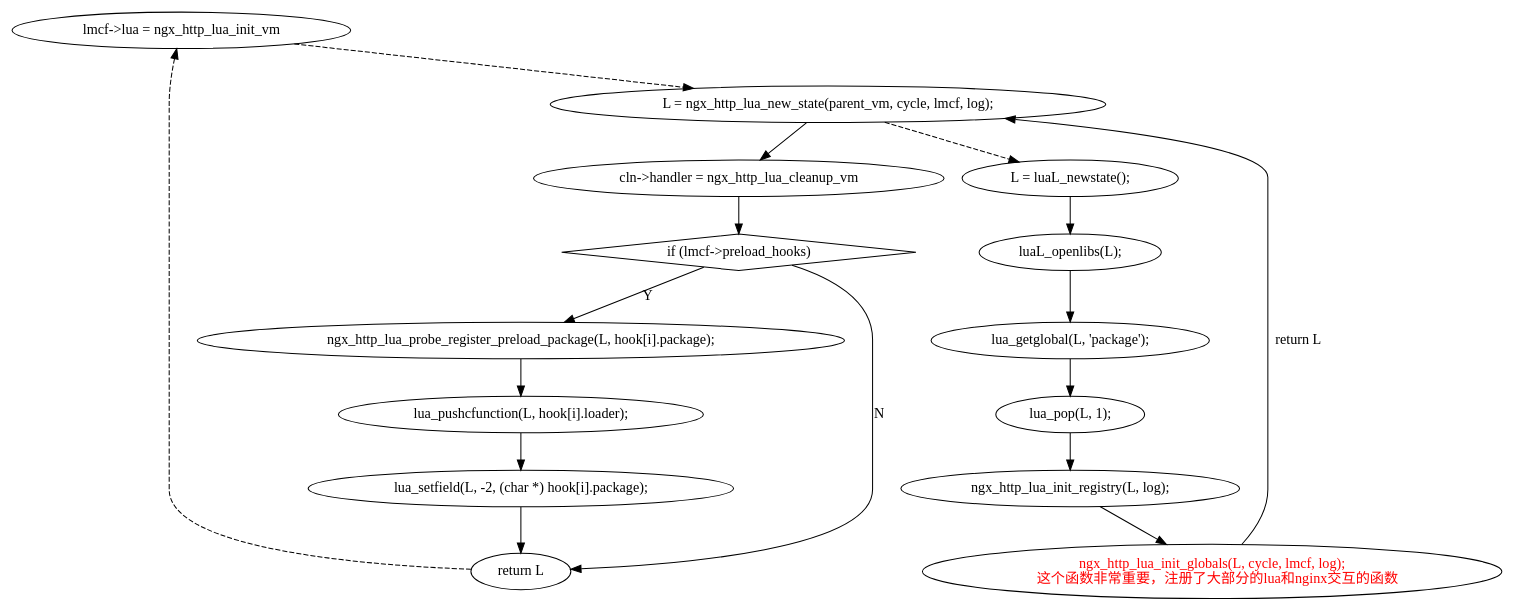
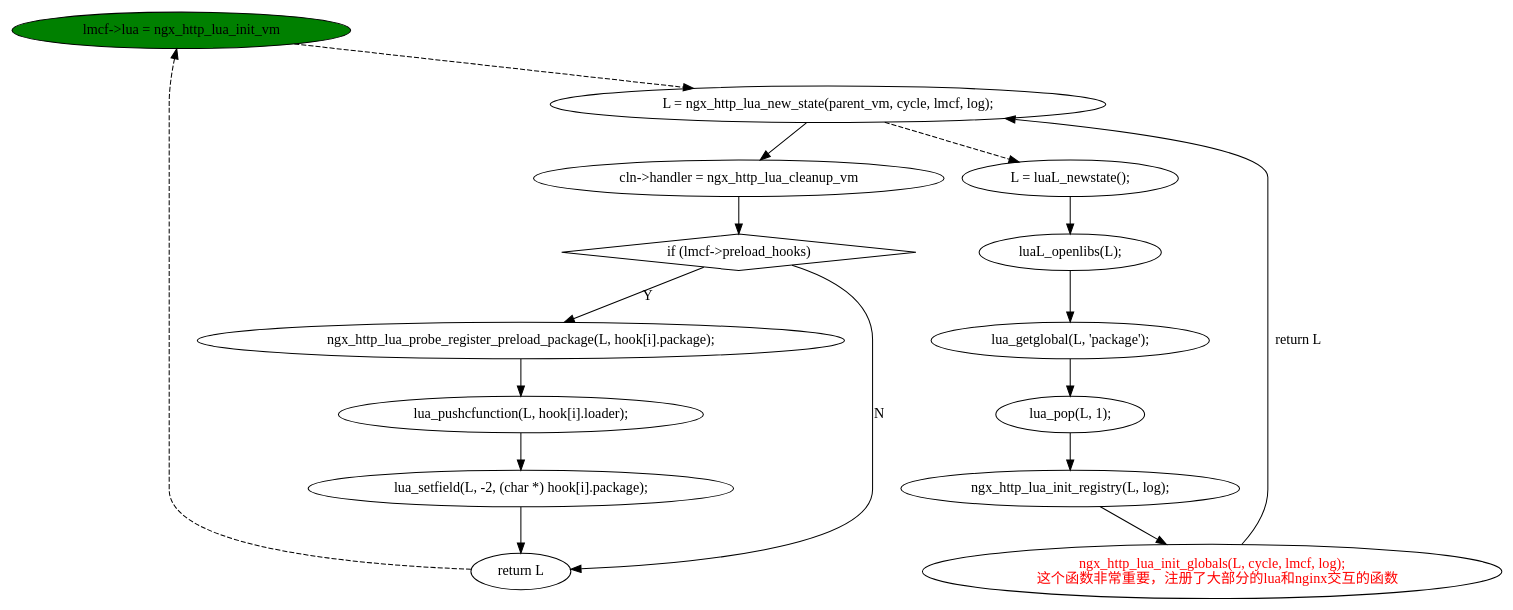
One commit to lancelotluo/dot changed the diagram in ngx_lua/ngx_http_lua_init_vm.dot. Above: the diagram before and after it, drawn with Graphviz. The commit also changed 4 other files, not shown here.

```diff
--- a/ngx_lua/ngx_http_lua_init_vm.dot
+++ b/ngx_lua/ngx_http_lua_init_vm.dot
@@ -1,26 +1,27 @@
 digraph {
+    "lmcf->lua = ngx_http_lua_init_vm"[style=filled, fillcolor=green];
     "lmcf->lua = ngx_http_lua_init_vm"-> "L = ngx_http_lua_new_state(parent_vm, cycle, lmcf, log);"[style=dashed];
     "L = ngx_http_lua_new_state(parent_vm, cycle, lmcf, log);"->"L = luaL_newstate();"[style=dashed];
     "L = ngx_http_lua_new_state(parent_vm, cycle, lmcf, log);"->"cln->handler = ngx_http_lua_cleanup_vm";
     "cln->handler = ngx_http_lua_cleanup_vm"->"if (lmcf->preload_hooks)";
     "if (lmcf->preload_hooks)"->"ngx_http_lua_probe_register_preload_package(L, hook[i].package);"[label=Y];
     "ngx_http_lua_probe_register_preload_package(L, hook[i].package);"->"lua_pushcfunction(L, hook[i].loader);";
     "lua_pushcfunction(L, hook[i].loader);"->"lua_setfield(L, -2, (char *) hook[i].package);"
     "lua_setfield(L, -2, (char *) hook[i].package);"->"return L";
     "if (lmcf->preload_hooks)"[shape=diamond];
     "if (lmcf->preload_hooks)"->"return L"[label=N];
     "return L"->"lmcf->lua = ngx_http_lua_init_vm"[style=dashed];
 
     "L = luaL_newstate();"->"luaL_openlibs(L);";
     "luaL_openlibs(L);"->"lua_getglobal(L, 'package');";
     "lua_getglobal(L, 'package');"->"lua_pop(L, 1);";
     "lua_pop(L, 1);"->"ngx_http_lua_init_registry(L, log);";
 
     "ngx_http_lua_init_globals(L, cycle, lmcf, log);
     这个函数非常重要，注册了大部分的lua和nginx交互的函数"[fontcolor=red];
 
     "ngx_http_lua_init_registry(L, log);"->"ngx_http_lua_init_globals(L, cycle, lmcf, log);
     这个函数非常重要，注册了大部分的lua和nginx交互的函数";
     "ngx_http_lua_init_globals(L, cycle, lmcf, log);
     这个函数非常重要，注册了大部分的lua和nginx交互的函数"->"L = ngx_http_lua_new_state(parent_vm, cycle, lmcf, log);"[label="return L"];
 }
```
